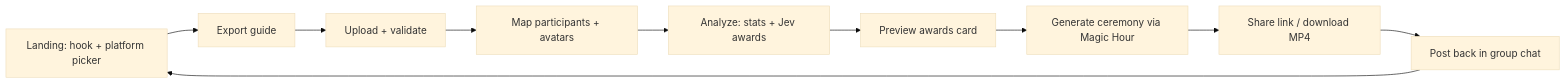
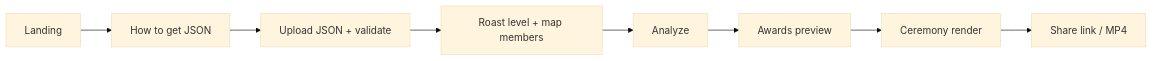
The diagram in docs/01-product-brief.md (defAaron/gc-wrapped), drawn with Mermaid (base theme) before and after one commit. The commit also changed other lines of this file and 9 other files, not shown here.

````diff
--- a/docs/01-product-brief.md
+++ b/docs/01-product-brief.md
@@ -29,12 +28,10 @@
 ```mermaid
 flowchart LR
-  A[Landing: hook + platform picker] --> B[Export guide]
-  B --> C[Upload + validate]
-  C --> D[Map participants + avatars]
-  D --> E[Analyze: stats + Jev awards]
-  E --> F[Preview awards card]
-  F --> G[Generate ceremony via Magic Hour]
-  G --> H[Share link / download MP4]
-  H --> I[Post back in group chat]
-  I --> A
+  A[Landing] --> B[How to get JSON]
+  B --> C[Upload JSON + validate]
+  C --> D[Roast level + map members]
+  D --> E[Analyze]
+  E --> F[Awards preview]
+  F --> G[Ceremony render]
+  G --> H[Share link / MP4]
 ```
````
